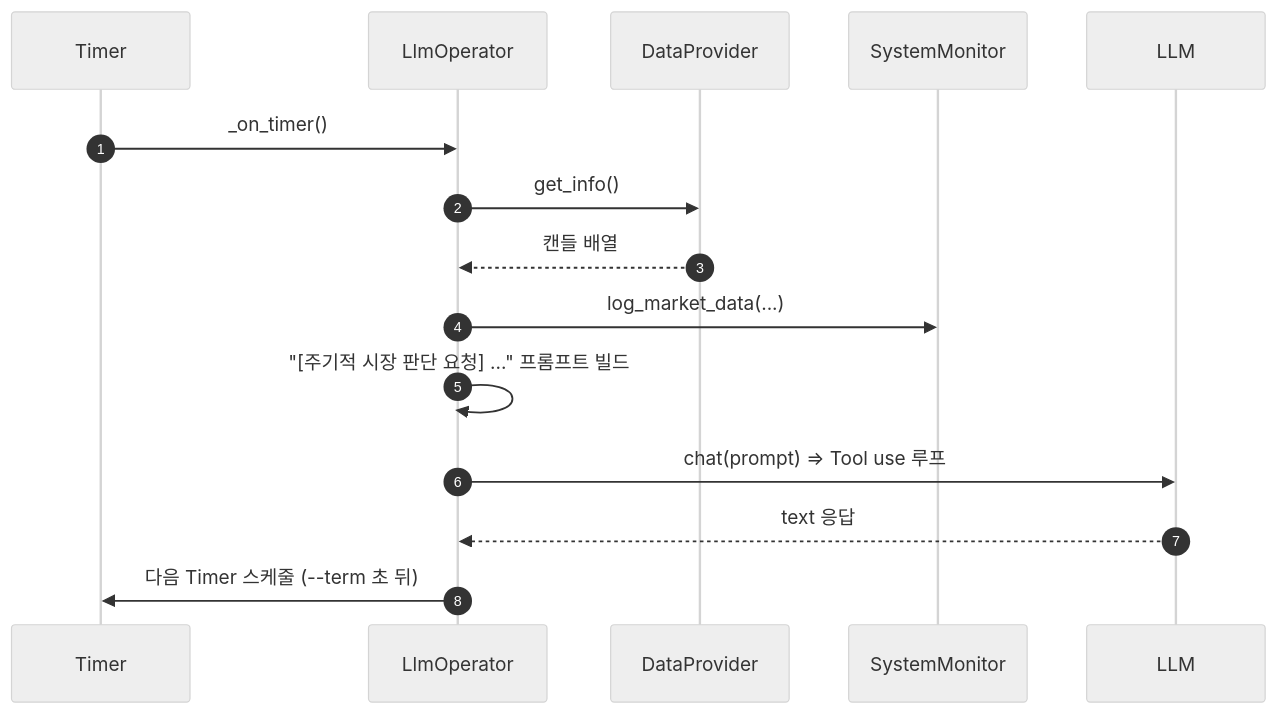
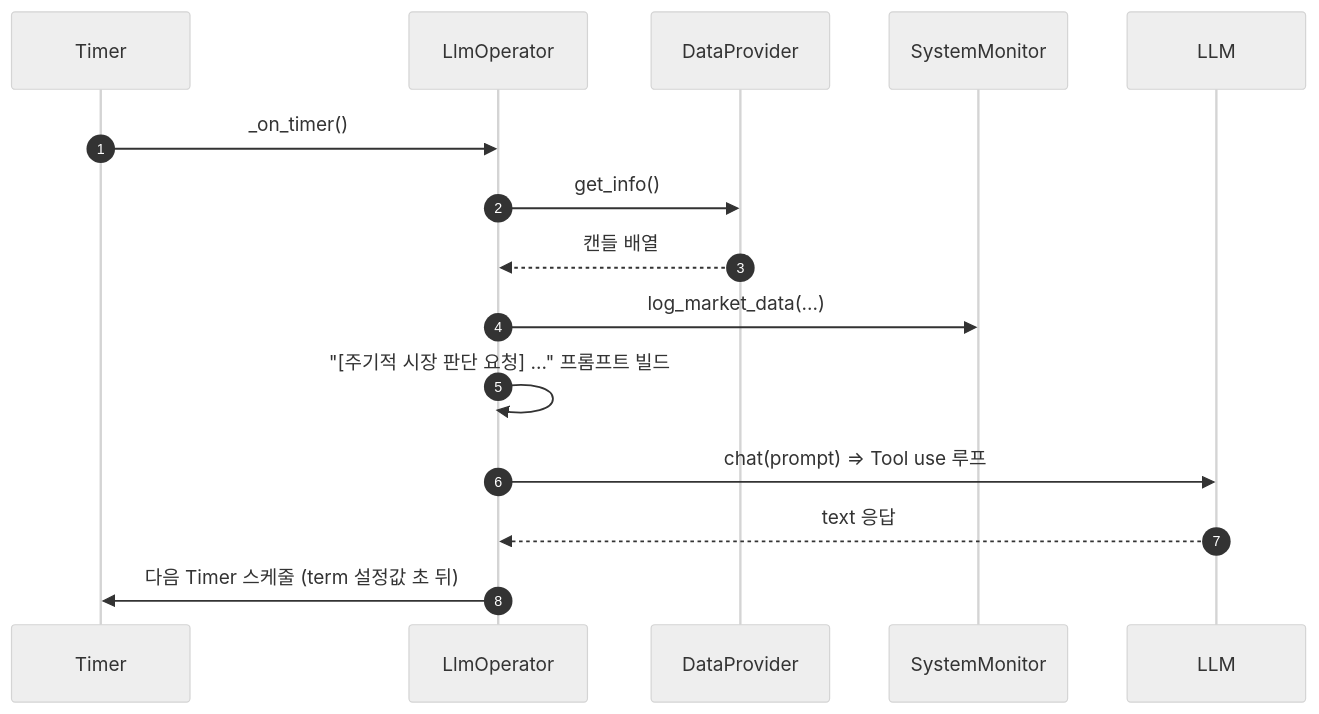
Before and after one commit to msaltnet/smtm: the fourth of 4 diagrams in docs/public/architecture.md, drawn with Mermaid (neutral theme). The commit also changed other lines of this file and 9 other files, not shown here.

````diff
--- a/docs/public/architecture.md
+++ b/docs/public/architecture.md
@@ -220,18 +221,18 @@
 ```mermaid
 sequenceDiagram
     autonumber
     participant TM as Timer
     participant O as LlmOperator
     participant DP as DataProvider
     participant SM as SystemMonitor
     participant L as LLM
 
     TM->>O: _on_timer()
     O->>DP: get_info()
     DP-->>O: 캔들 배열
     O->>SM: log_market_data(...)
     O->>O: "[주기적 시장 판단 요청] ..." 프롬프트 빌드
     O->>L: chat(prompt) ⇒ Tool use 루프
     L-->>O: text 응답
-    O->>TM: 다음 Timer 스케줄 (--term 초 뒤)
+    O->>TM: 다음 Timer 스케줄 (term 설정값 초 뒤)
 ```
````
